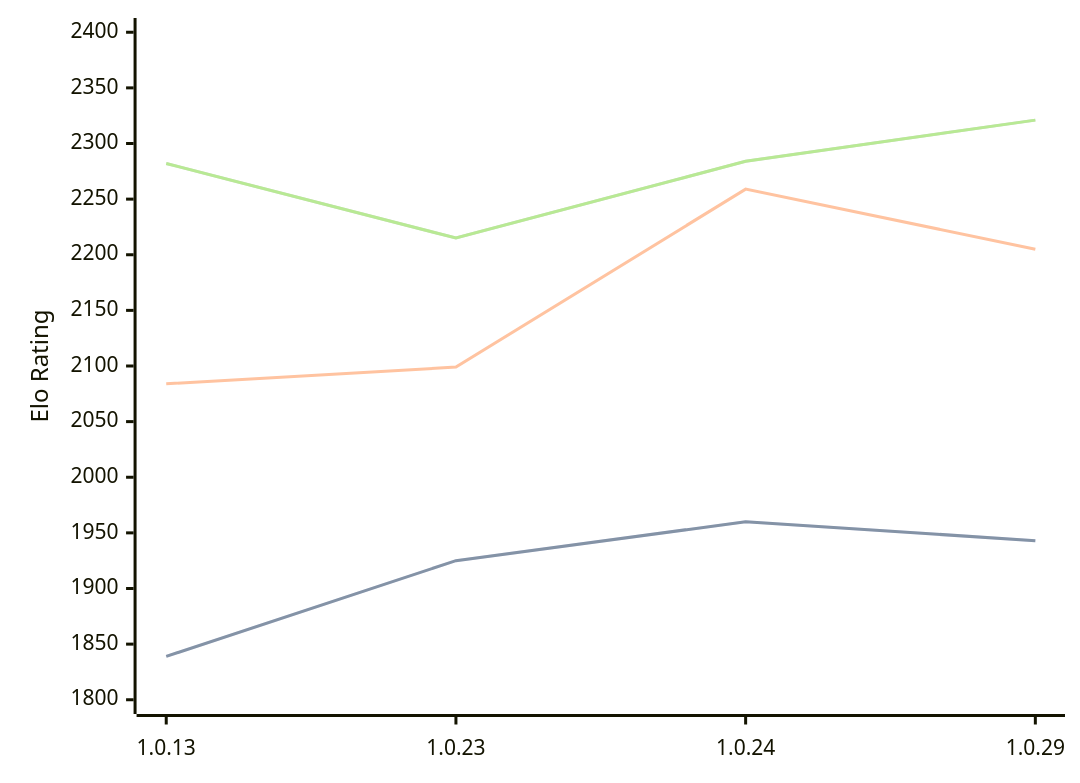
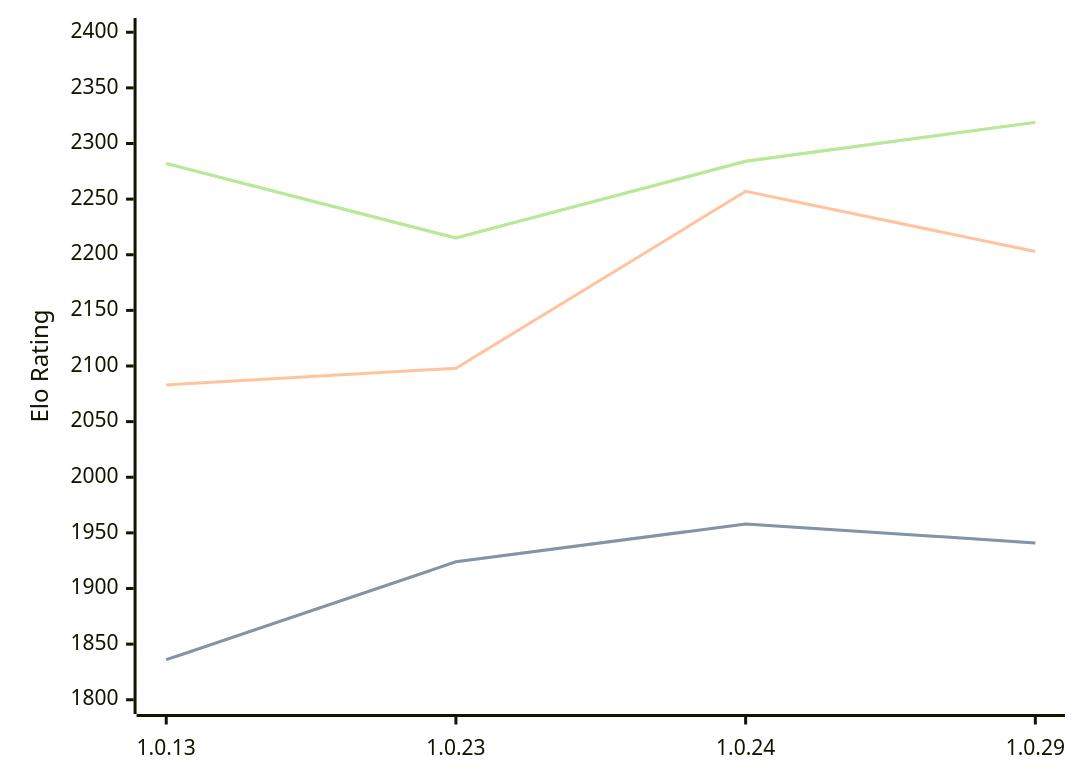
One commit to computer-chess-index/cci changed the diagram in engines/RustyRival.md. Above: the diagram before and after it, drawn with Mermaid. The commit also changed other lines of this file, not shown here.

Commit message:
Update CCI Ratings (ELO VLTC) - 2026-03-07

````diff
--- a/engines/RustyRival.md
+++ b/engines/RustyRival.md
@@ -54,11 +55,11 @@
 ```mermaid
 %%{init: {"theme":"base","themeVariables":{"seriesColors:['#a3a3a3','#222221','#faa371']}}}%%
 xychart-beta
   x-axis ["1.0.13", "1.0.23", "1.0.24", "1.0.29"]
   y-axis "Elo Rating" 1800 --> 2400
-  line "STC (8.0+0.08s)" [1839, 1925, 1960, 1943]
-  line "STC (8.0+0.08s)" [1839, 1925, 1960, 1943]
-  line "LTC (60.0+0.60s)" [2084, 2099, 2259, 2205]
-  line "VLTC (2m24s+1.12s)" [2282, 2215, 2284, 2321]
-  line "VLTC (2m24s+1.12s)" [2282, 2215, 2284, 2321]
+  line "STC (8.0+0.08s)" [1836, 1924, 1958, 1941]
+  line "STC (8.0+0.08s)" [1836, 1924, 1958, 1941]
+  line "LTC (60.0+0.60s)" [2083, 2098, 2257, 2203]
+  line "VLTC (2m24s+1.12s)" [2282, 2215, 2284, 2319]
+  line "VLTC (2m24s+1.12s)" [2282, 2215, 2284, 2319]
 ```
````
